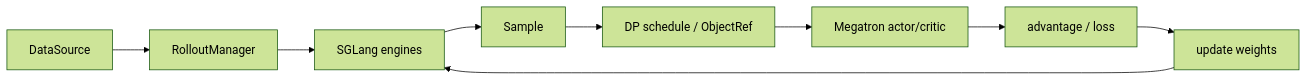
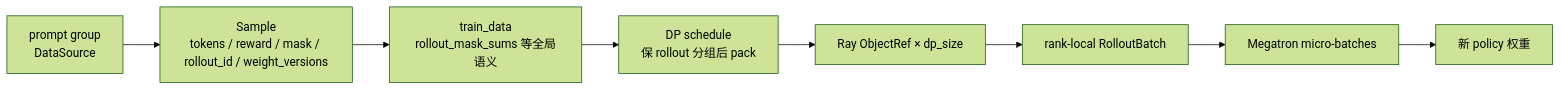
Before and after one commit to OnlyHero5/sglang-reading-vault: the third of 3 diagrams in slime_reading/Slime学习指南.md, drawn with Mermaid (forest theme). The commit also changed other lines of this file and 512 other files, not shown here.

````diff
--- a/slime_reading/Slime学习指南.md
+++ b/slime_reading/Slime学习指南.md
@@ -43,11 +83,13 @@
 ```mermaid
 flowchart LR
-    DS["DataSource"] --> RM["RolloutManager"]
-    RM --> SG["SGLang engines"]
-    SG --> S["Sample"]
-    S --> DP["DP schedule / ObjectRef"]
-    DP --> MT["Megatron actor/critic"]
-    MT --> L["advantage / loss"]
-    L --> W["update weights"]
-    W --> SG
+    P["prompt group<br/>DataSource"]
+    S["Sample<br/>tokens / reward / mask / rollout_id / weight_versions"]
+    T["train_data<br/>rollout_mask_sums 等全局语义"]
+    D["DP schedule<br/>保 rollout 分组后 pack"]
+    R["Ray ObjectRef × dp_size"]
+    B["rank-local RolloutBatch"]
+    M["Megatron micro-batches"]
+    W["新 policy 权重"]
+
+    P --> S --> T --> D --> R --> B --> M --> W
 ```
````
